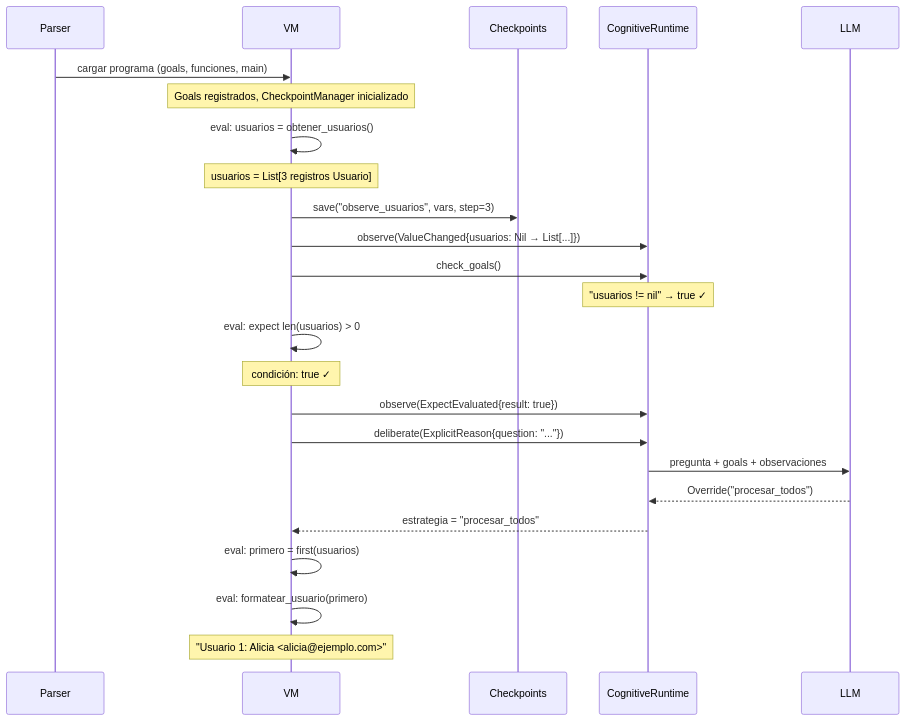
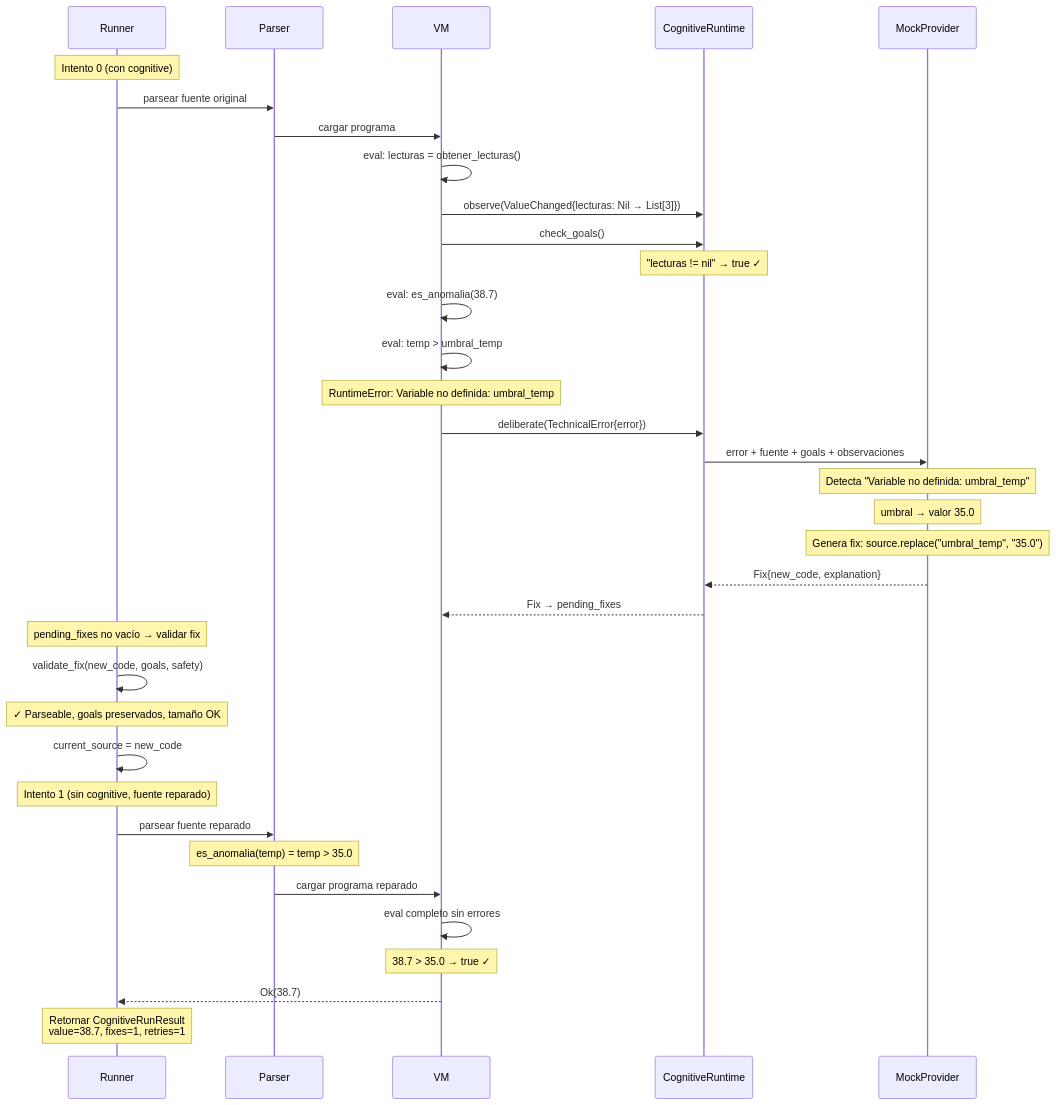
Diagram 12 of 14 in docs/academico/AURA-Reporte-Tecnico.md (bluegin-ush/aura), drawn with Mermaid before and after one commit. The commit also changed other lines of this file, not shown here.

````diff
--- a/docs/academico/AURA-Reporte-Tecnico.md
+++ b/docs/academico/AURA-Reporte-Tecnico.md
@@ -637,32 +919,45 @@
 ```mermaid
 sequenceDiagram
+    participant R as Runner
     participant P as Parser
     participant VM as VM
-    participant CP as Checkpoints
     participant CR as CognitiveRuntime
-    participant LLM as LLM
+    participant LLM as MockProvider
 
-    P->>VM: cargar programa (goals, funciones, main)
-    Note over VM: Goals registrados, CheckpointManager inicializado
+    Note over R: Intento 0 (con cognitive)
 
-    VM->>VM: eval: usuarios = obtener_usuarios()
-    Note over VM: usuarios = List[3 registros Usuario]
+    R->>P: parsear fuente original
+    P->>VM: cargar programa
+    VM->>VM: eval: lecturas = obtener_lecturas()
+    VM->>CR: observe(ValueChanged{lecturas: Nil → List[3]})
+    VM->>CR: check_goals()
+    Note over CR: "lecturas != nil" → true ✓
 
-    VM->>CP: save("observe_usuarios", vars, step=3)
-    VM->>CR: observe(ValueChanged{usuarios: Nil → List[...]})
-    VM->>CR: check_goals()
-    Note over CR: "usuarios != nil" → true ✓
+    VM->>VM: eval: es_anomalia(38.7)
+    VM->>VM: eval: temp > umbral_temp
+    Note over VM: RuntimeError: Variable no definida: umbral_temp
 
-    VM->>VM: eval: expect len(usuarios) > 0
-    Note over VM: condición: true ✓
-    VM->>CR: observe(ExpectEvaluated{result: true})
+    VM->>CR: deliberate(TechnicalError{error})
+    CR->>LLM: error + fuente + goals + observaciones
+    Note over LLM: Detecta "Variable no definida: umbral_temp"
+    Note over LLM: umbral → valor 35.0
+    Note over LLM: Genera fix: source.replace("umbral_temp", "35.0")
+    LLM-->>CR: Fix{new_code, explanation}
+    CR-->>VM: Fix → pending_fixes
 
-    VM->>CR: deliberate(ExplicitReason{question: "..."})
-    CR->>LLM: pregunta + goals + observaciones
-    LLM-->>CR: Override("procesar_todos")
-    CR-->>VM: estrategia = "procesar_todos"
+    Note over R: pending_fixes no vacío → validar fix
+    R->>R: validate_fix(new_code, goals, safety)
+    Note over R: ✓ Parseable, goals preservados, tamaño OK
+    R->>R: current_source = new_code
 
-    VM->>VM: eval: primero = first(usuarios)
-    VM->>VM: eval: formatear_usuario(primero)
-    Note over VM: "Usuario 1: Alicia <alicia@ejemplo.com>"
+    Note over R: Intento 1 (sin cognitive, fuente reparado)
+
+    R->>P: parsear fuente reparado
+    Note over P: es_anomalia(temp) = temp > 35.0
+    P->>VM: cargar programa reparado
+    VM->>VM: eval completo sin errores
+    Note over VM: 38.7 > 35.0 → true ✓
+    VM-->>R: Ok(38.7)
+
+    Note over R: Retornar CognitiveRunResult<br/>value=38.7, fixes=1, retries=1
 ```
````
